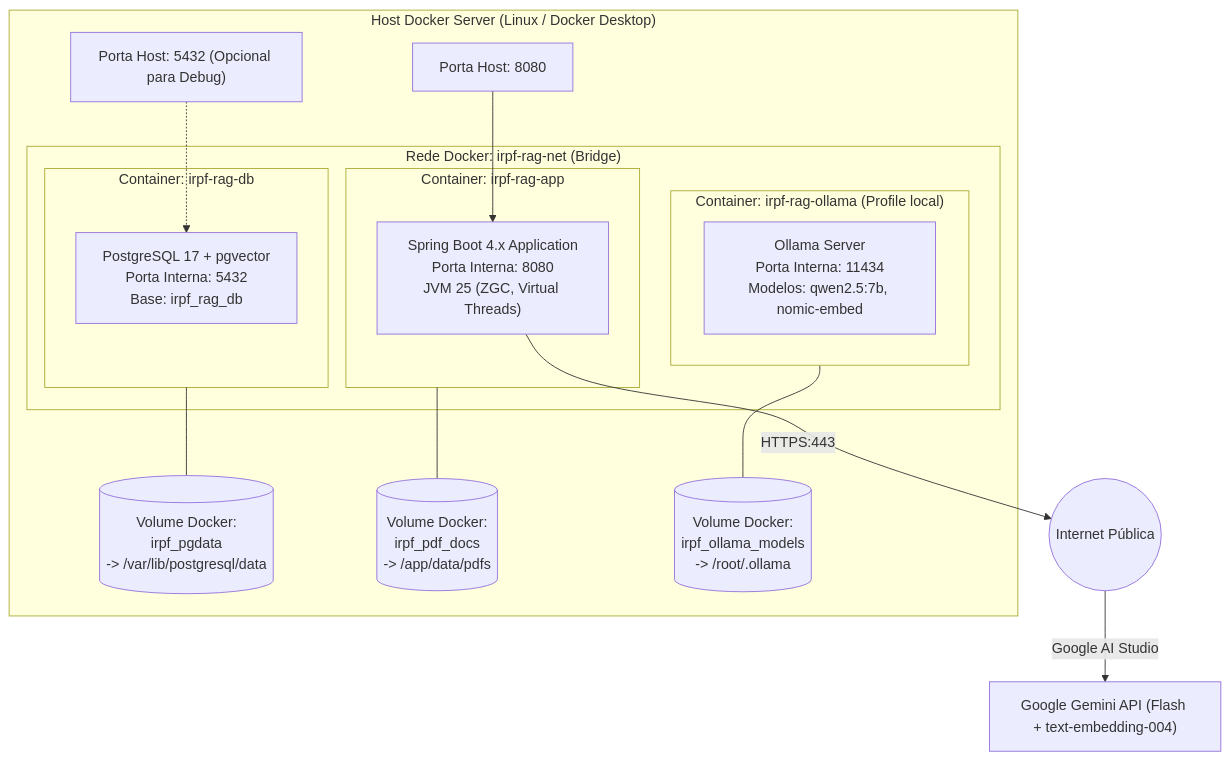
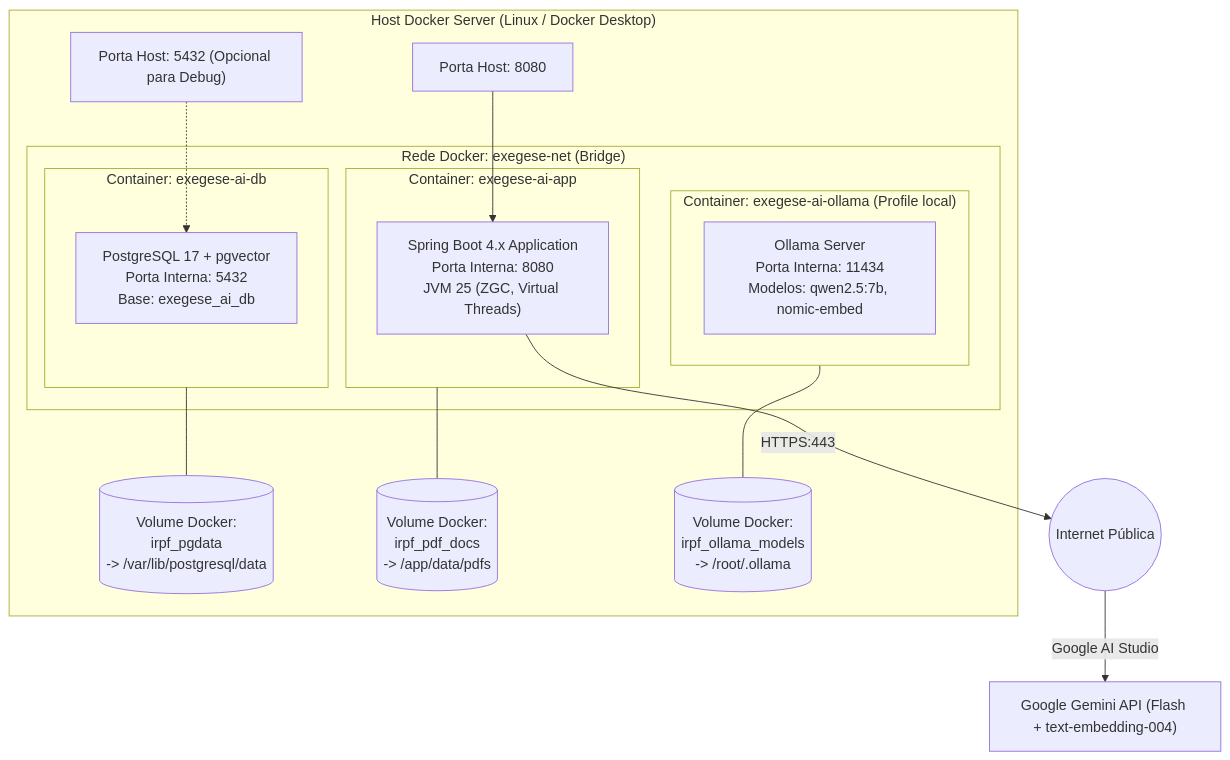
One commit to rivelinopatricio-ufg/exegese_ai changed the seventh of 7 diagrams in docs/PLANO_IMPLEMENTACAO_CHATBOT_RAG_IRPF.md. Above: the diagram before and after it, drawn with Mermaid. The commit also changed other lines of this file and 15 other files, not shown here.

First line of the commit message:
docs(exegese-ai): add architectural specs, implementation roadmap, and diagrams

````diff
--- a/docs/PLANO_IMPLEMENTACAO_CHATBOT_RAG_IRPF.md
+++ b/docs/PLANO_IMPLEMENTACAO_CHATBOT_RAG_IRPF.md
@@ -353,31 +348,31 @@
 ```mermaid
 graph TB
     subgraph Host["Host Docker Server (Linux / Docker Desktop)"]
-        subgraph Net["Rede Docker: irpf-rag-net (Bridge)"]
-            subgraph AppContainer["Container: irpf-rag-app"]
+        subgraph Net["Rede Docker: exegese-net (Bridge)"]
+            subgraph AppContainer["Container: exegese-ai-app"]
                 APP["Spring Boot 4.x Application<br/>Porta Interna: 8080<br/>JVM 25 (ZGC, Virtual Threads)"]
             end
-            subgraph DbContainer["Container: irpf-rag-db"]
-                PG["PostgreSQL 17 + pgvector<br/>Porta Interna: 5432<br/>Base: irpf_rag_db"]
+            subgraph DbContainer["Container: exegese-ai-db"]
+                PG["PostgreSQL 17 + pgvector<br/>Porta Interna: 5432<br/>Base: exegese_ai_db"]
             end
-            subgraph OllamaContainer["Container: irpf-rag-ollama (Profile local)"]
+            subgraph OllamaContainer["Container: exegese-ai-ollama (Profile local)"]
                 OLLAMA["Ollama Server<br/>Porta Interna: 11434<br/>Modelos: qwen2.5:7b, nomic-embed"]
             end
         end
 
         VOL_PG[("Volume Docker:<br/>irpf_pgdata<br/>-> /var/lib/postgresql/data")]
         VOL_PDF[("Volume Docker:<br/>irpf_pdf_docs<br/>-> /app/data/pdfs")]
         VOL_OLLAMA[("Volume Docker:<br/>irpf_ollama_models<br/>-> /root/.ollama")]
 
         DbContainer --- VOL_PG
         AppContainer --- VOL_PDF
         OllamaContainer --- VOL_OLLAMA
 
         HOST_PORT_APP["Porta Host: 8080"] --> APP
         HOST_PORT_DB["Porta Host: 5432 (Opcional para Debug)"] -.-> PG
     end
 
     INTERNET(("Internet Pública"))
     APP -->|HTTPS:443| INTERNET
     INTERNET -->|Google AI Studio| GEMINI_CLOUD["Google Gemini API (Flash + text-embedding-004)"]
 ```
````
